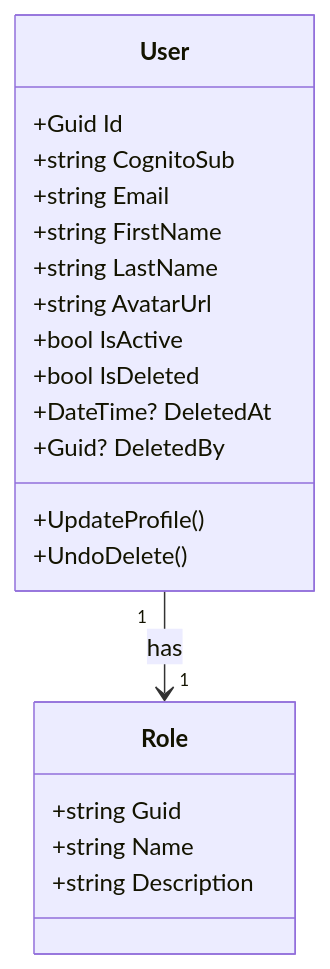
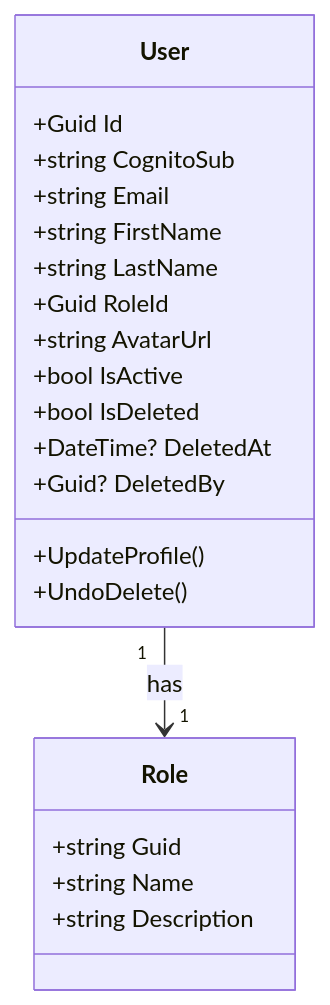
Before and after one commit to hatohui/FrogEdu: the second of 5 diagrams in docs/microservices-details.md, drawn with Mermaid. The commit also changed 74 other files, not shown here.

````diff
--- a/docs/microservices-details.md
+++ b/docs/microservices-details.md
@@ -56,25 +56,26 @@
 ```mermaid
 classDiagram
     class User {
         +Guid Id
         +string CognitoSub
         +string Email
         +string FirstName
         +string LastName
+        +Guid RoleId
         +string AvatarUrl
         +bool IsActive
         +UpdateProfile()
         +bool IsDeleted
         +DateTime? DeletedAt
         +Guid? DeletedBy
         +UndoDelete()
     }
 
     class Role {
         +string Guid
         +string Name
         +string Description
     }
 
     User "1" --> "1" Role : has
 ```
````
